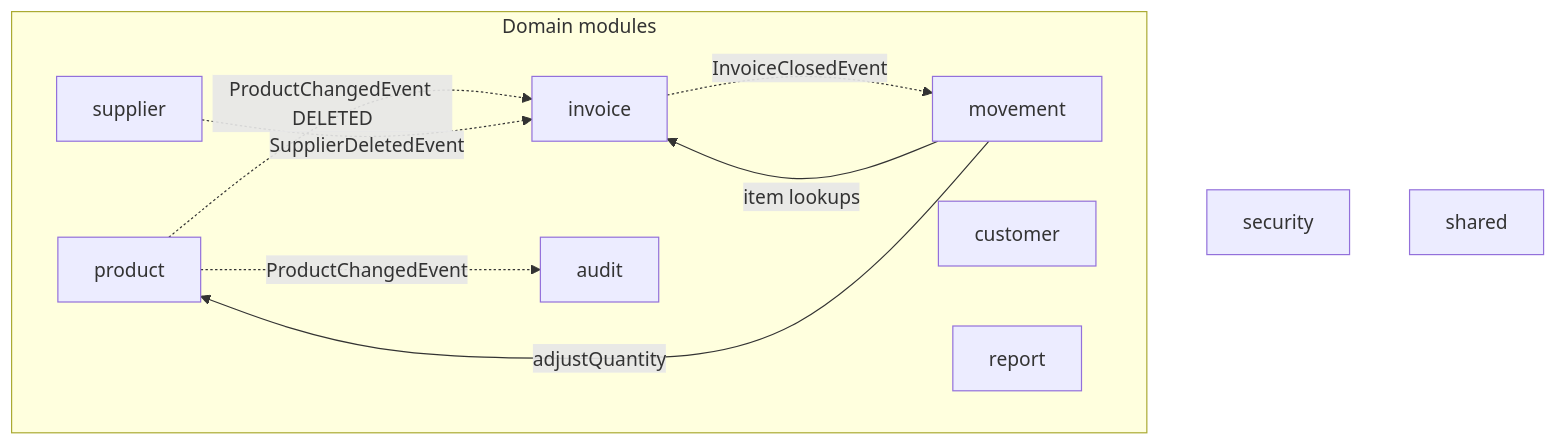
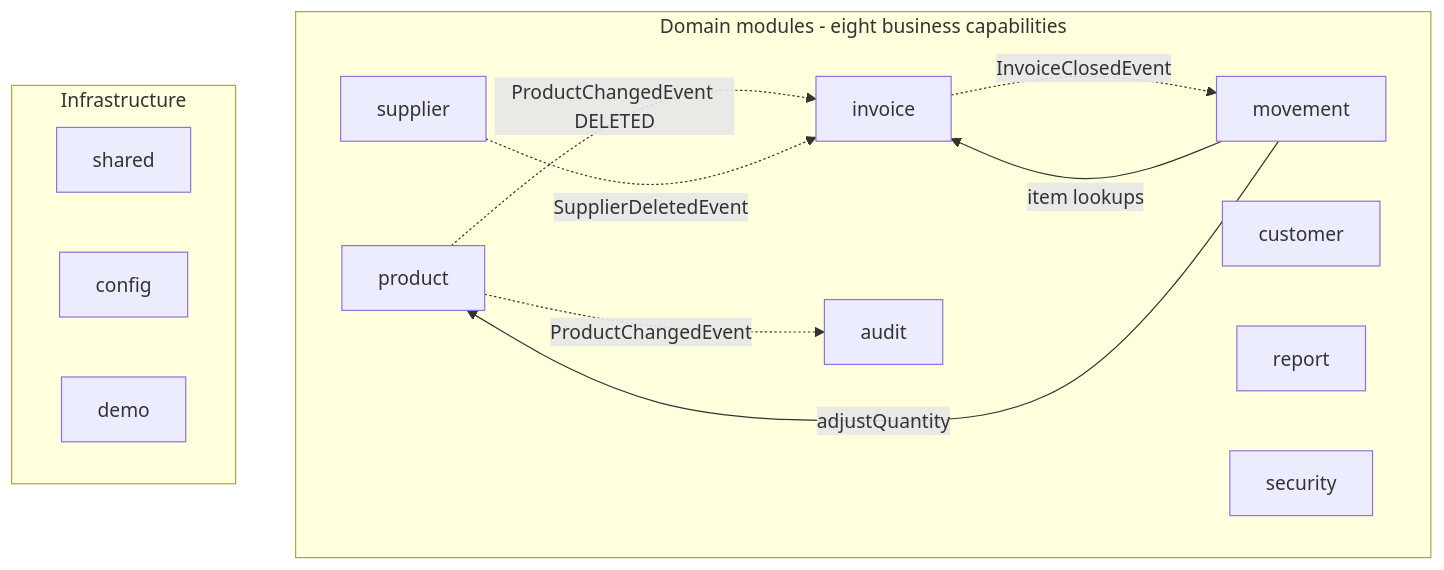
One commit to Keglev/stockease changed the diagram in docs/backend/architecture/05-building-blocks.md. Above: the diagram before and after it, drawn with Mermaid. The commit also changed other lines of this file and 6 other files, not shown here.

````diff
--- a/docs/backend/architecture/05-building-blocks.md
+++ b/docs/backend/architecture/05-building-blocks.md
@@ -14,21 +30,25 @@
 ```mermaid
 graph TD
-  subgraph Domain modules
+  subgraph Domain modules - eight business capabilities
     product[product]
     supplier[supplier]
     customer[customer]
     invoice[invoice]
     movement[movement]
     audit[audit]
     report[report]
+    security[security]
   end
-  security[security]
-  shared[shared]
+  subgraph Infrastructure
+    shared[shared]
+    config[config]
+    demo[demo]
+  end
 
   movement -->|item lookups| invoice
   movement -->|adjustQuantity| product
   invoice -.->|InvoiceClosedEvent| movement
   product -.->|ProductChangedEvent| audit
   product -.->|ProductChangedEvent DELETED| invoice
   supplier -.->|SupplierDeletedEvent| invoice
 ```
````
